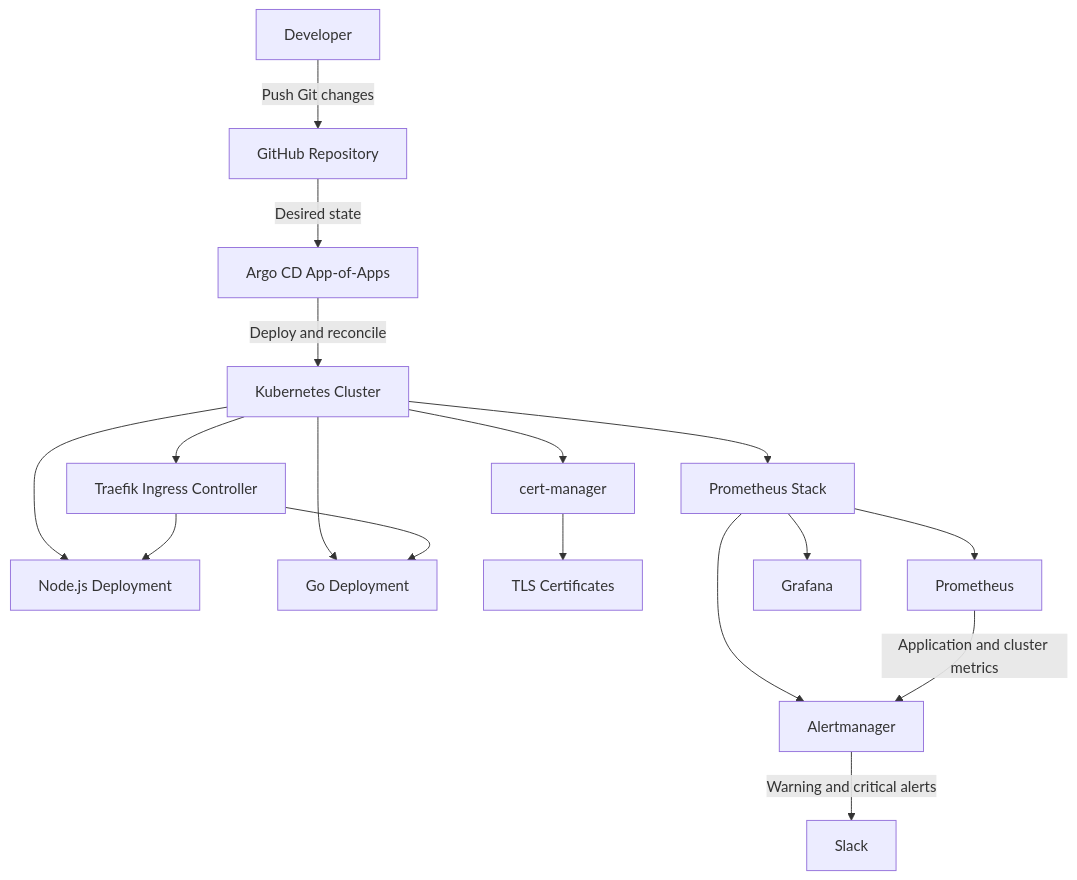
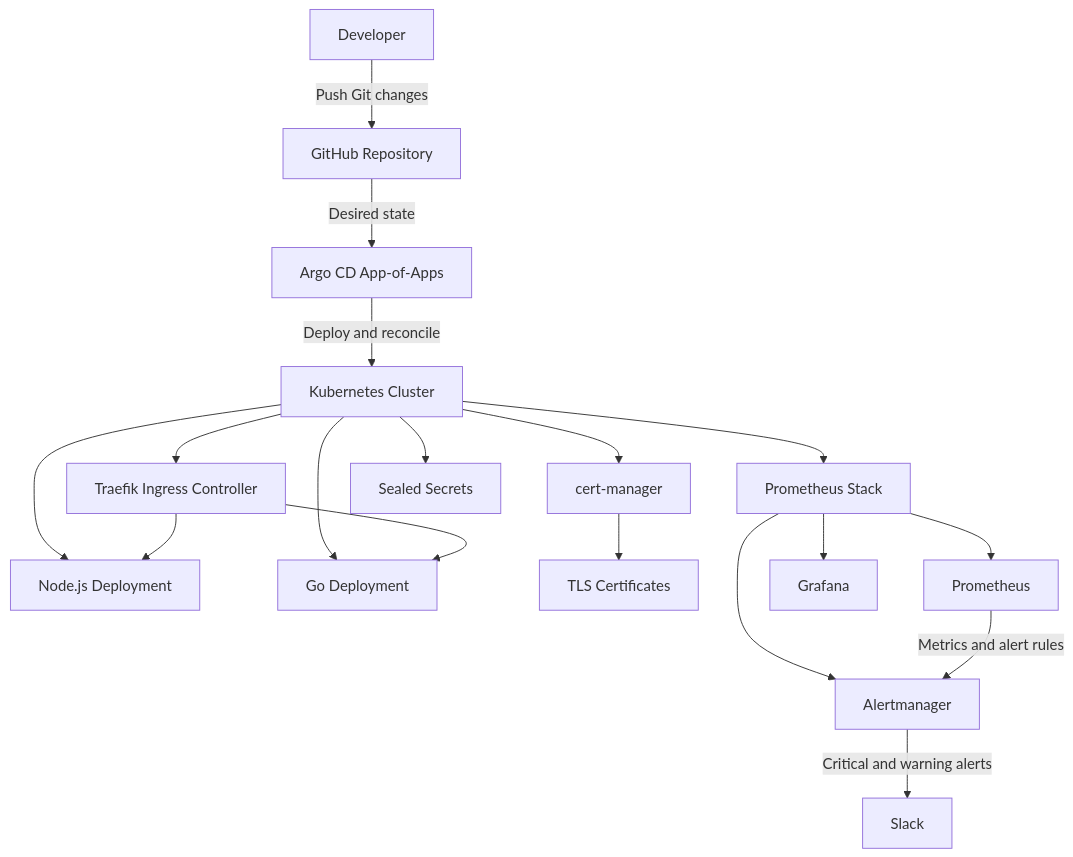
The diagram in README.md (egyhaty/karm-devops), drawn with Mermaid before and after one commit. The commit also changed other lines of this file, not shown here.

Commit message:
docs: refine GitOps platform README

````diff
--- a/README.md
+++ b/README.md
@@ -17,27 +17,23 @@
 ```mermaid
 flowchart TD
-    Developer[Developer]
-    GitHub[GitHub Repository]
-
-    Developer -->|Push Git changes| GitHub
+    Developer[Developer] -->|Push Git changes| GitHub[GitHub Repository]
     GitHub -->|Desired state| ArgoCD[Argo CD App-of-Apps]
-
     ArgoCD -->|Deploy and reconcile| K8s[Kubernetes Cluster]
 
     K8s --> NodeJS[Node.js Deployment]
     K8s --> Golang[Go Deployment]
     K8s --> Traefik[Traefik Ingress Controller]
     K8s --> CertManager[cert-manager]
     K8s --> Monitoring[Prometheus Stack]
+    K8s --> SealedSecrets[Sealed Secrets]
 
     Traefik --> NodeJS
     Traefik --> Golang
     CertManager --> TLS[TLS Certificates]
 
     Monitoring --> Prometheus[Prometheus]
     Monitoring --> Grafana[Grafana]
     Monitoring --> Alertmanager[Alertmanager]
-
-    Prometheus -->|Application and cluster metrics| Alertmanager
-    Alertmanager -->|Warning and critical alerts| Slack[Slack]
+    Prometheus -->|Metrics and alert rules| Alertmanager
+    Alertmanager -->|Critical and warning alerts| Slack[Slack]
 ```
````
